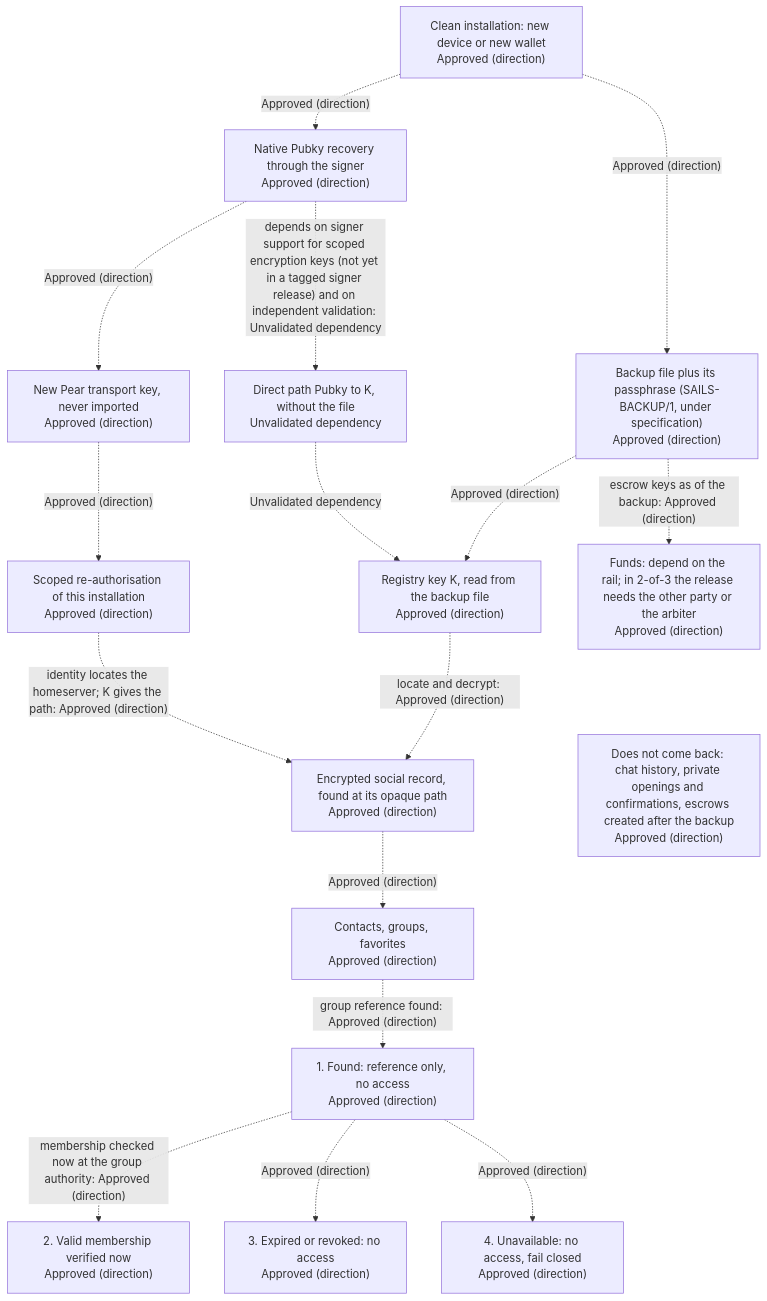
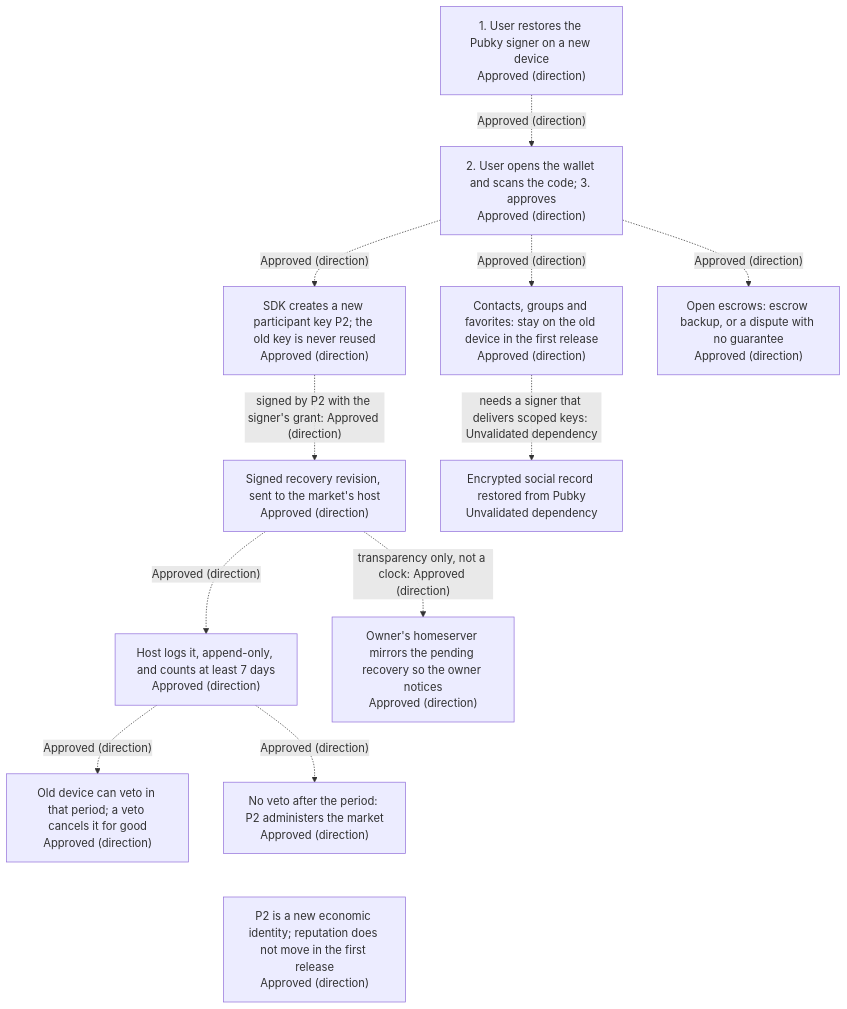
The fifth of 6 diagrams in docs/SYSTEM_DESIGN.md (sails-protocol/Sails-Protocol), drawn with Mermaid before and after one commit. The commit also changed other lines of this file, not shown here.

Commit message:
docs: redraw SYSTEM_DESIGN 14.5 diagrams to match ADR-008 (social data local in first release, escrow-only backup, market recovery by authority)

````diff
--- a/docs/SYSTEM_DESIGN.md
+++ b/docs/SYSTEM_DESIGN.md
@@ -695,29 +686,26 @@
 ```mermaid
 flowchart TD
-  S["Clean installation: new device or new wallet<br/>Approved (direction)"]
-  A["Native Pubky recovery through the signer<br/>Approved (direction)"]
-  B["New Pear transport key, never imported<br/>Approved (direction)"]
-  C["Scoped re-authorisation of this installation<br/>Approved (direction)"]
-  F["Backup file plus its passphrase (SAILS-BACKUP/1, under specification)<br/>Approved (direction)"]
-  K["Registry key K, read from the backup file<br/>Approved (direction)"]
-  R["Encrypted social record, found at its opaque path<br/>Approved (direction)"]
-  L["Contacts, groups, favorites<br/>Approved (direction)"]
-  PK["Direct path Pubky to K, without the file<br/>Unvalidated dependency"]
-  S -.->|"Approved (direction)"| A
-  A -.->|"Approved (direction)"| B
-  B -.->|"Approved (direction)"| C
-  S -.->|"Approved (direction)"| F
-  F -.->|"Approved (direction)"| K
-  K -.->|"locate and decrypt: Approved (direction)"| R
-  C -.->|"identity locates the homeserver; K gives the path: Approved (direction)"| R
-  R -.->|"Approved (direction)"| L
-  A -.->|"depends on signer support for scoped encryption keys (not yet in a tagged signer release) and on independent validation: Unvalidated dependency"| PK
-  PK -.->|"Unvalidated dependency"| K
-  L -.->|"group reference found: Approved (direction)"| grpFound["1. Found: reference only, no access<br/>Approved (direction)"]
-  grpFound -.->|"membership checked now at the group authority: Approved (direction)"| grpValid["2. Valid membership verified now<br/>Approved (direction)"]
-  grpFound -.->|"Approved (direction)"| grpRevoked["3. Expired or revoked: no access<br/>Approved (direction)"]
-  grpFound -.->|"Approved (direction)"| grpUnavailable["4. Unavailable: no access, fail closed<br/>Approved (direction)"]
-  F -.->|"escrow keys as of the backup: Approved (direction)"| FD["Funds: depend on the rail; in 2-of-3 the release needs the other party or the arbiter<br/>Approved (direction)"]
-  NB["Does not come back: chat history, private openings and confirmations, escrows created after the backup<br/>Approved (direction)"]
-  FD ~~~ NB
+  S["1. User restores the Pubky signer on a new device<br/>Approved (direction)"]
+  W["2. User opens the wallet and scans the code; 3. approves<br/>Approved (direction)"]
+  NP["SDK creates a new participant key P2; the old key is never reused<br/>Approved (direction)"]
+  R["Signed recovery revision, sent to the market's host<br/>Approved (direction)"]
+  H["Host logs it, append-only, and counts at least 7 days<br/>Approved (direction)"]
+  V["Old device can veto in that period; a veto cancels it for good<br/>Approved (direction)"]
+  OK["No veto after the period: P2 administers the market<br/>Approved (direction)"]
+  MIR["Owner's homeserver mirrors the pending recovery so the owner notices<br/>Approved (direction)"]
+  C["Contacts, groups and favorites: stay on the old device in the first release<br/>Approved (direction)"]
+  CS["Encrypted social record restored from Pubky<br/>Unvalidated dependency"]
+  F["Open escrows: escrow backup, or a dispute with no guarantee<br/>Approved (direction)"]
+  Q["P2 is a new economic identity; reputation does not move in the first release<br/>Approved (direction)"]
+  S -.->|"Approved (direction)"| W
+  W -.->|"Approved (direction)"| NP
+  NP -.->|"signed by P2 with the signer's grant: Approved (direction)"| R
+  R -.->|"Approved (direction)"| H
+  H -.->|"Approved (direction)"| V
+  H -.->|"Approved (direction)"| OK
+  R -.->|"transparency only, not a clock: Approved (direction)"| MIR
+  W -.->|"Approved (direction)"| C
+  C -.->|"needs a signer that delivers scoped keys: Unvalidated dependency"| CS
+  W -.->|"Approved (direction)"| F
+  OK ~~~ Q
 ```
````
